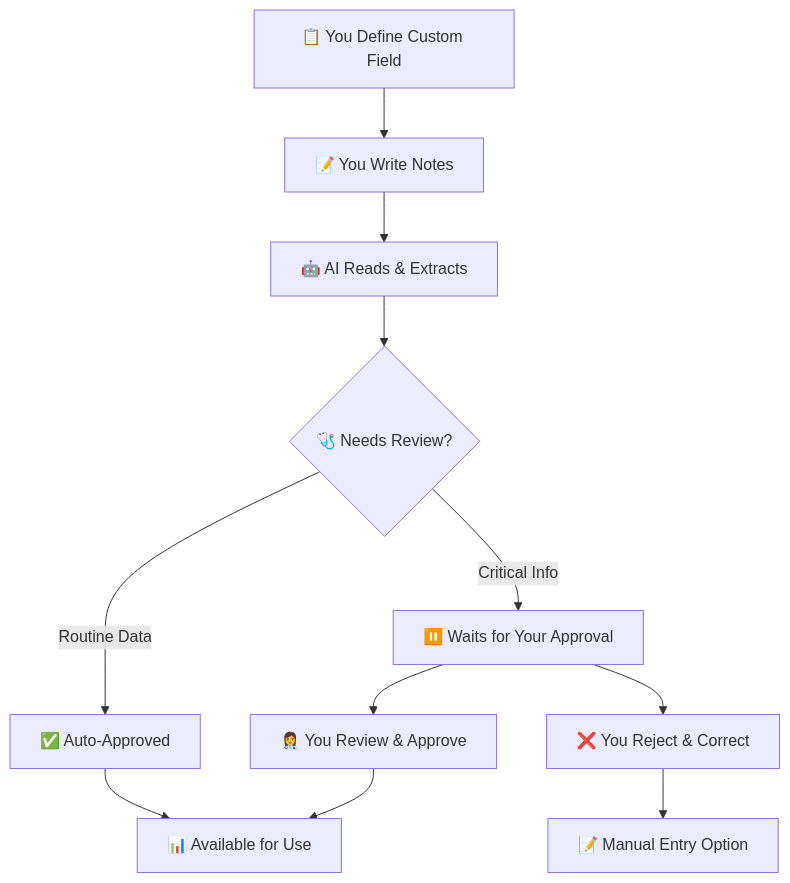
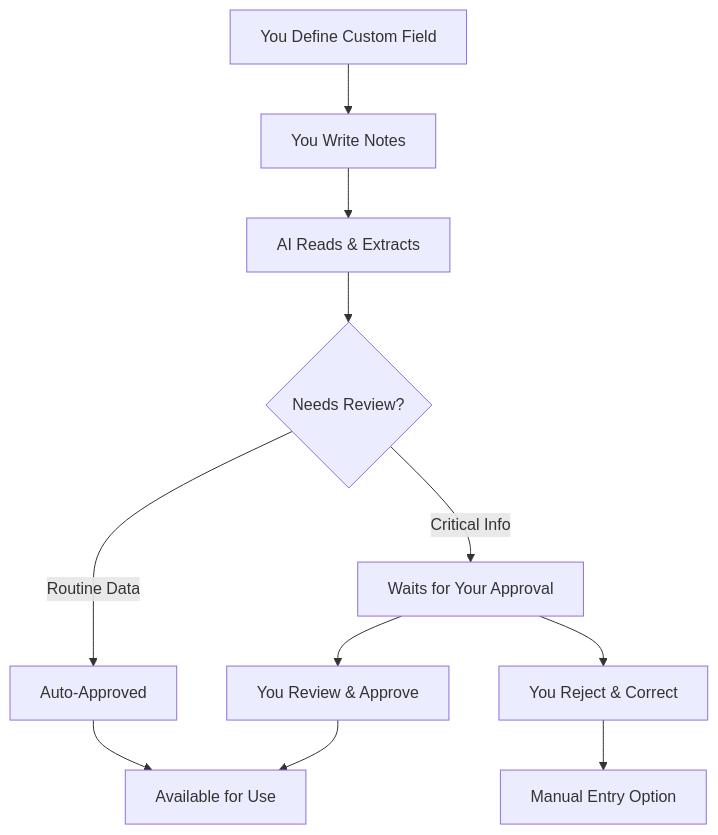
The diagram in narrafields-for-teams.mdx (reekko1/docs), drawn with Mermaid before and after one commit. The commit also changed other lines of this file, not shown here.

````diff
--- a/narrafields-for-teams.mdx
+++ b/narrafields-for-teams.mdx
@@ -203,13 +347,13 @@
 ```mermaid
 graph TD
-    A[📋 You Define Custom Field] --> B[📝 You Write Notes] 
-    B --> C[🤖 AI Reads & Extracts]
-    C --> D{🩺 Needs Review?}
-    D -->|Critical Info| E[⏸️ Waits for Your Approval]
-    D -->|Routine Data| F[✅ Auto-Approved]
-    E --> G[👩‍⚕️ You Review & Approve]
-    E --> H[❌ You Reject & Correct]
-    G --> I[📊 Available for Use]
-    H --> J[📝 Manual Entry Option]
+    A[You Define Custom Field] --> B[You Write Notes] 
+    B --> C[AI Reads & Extracts]
+    C --> D{Needs Review?}
+    D -->|Critical Info| E[Waits for Your Approval]
+    D -->|Routine Data| F[Auto-Approved]
+    E --> G[You Review & Approve]
+    E --> H[You Reject & Correct]
+    G --> I[Available for Use]
+    H --> J[Manual Entry Option]
     F --> I
 ```
````
